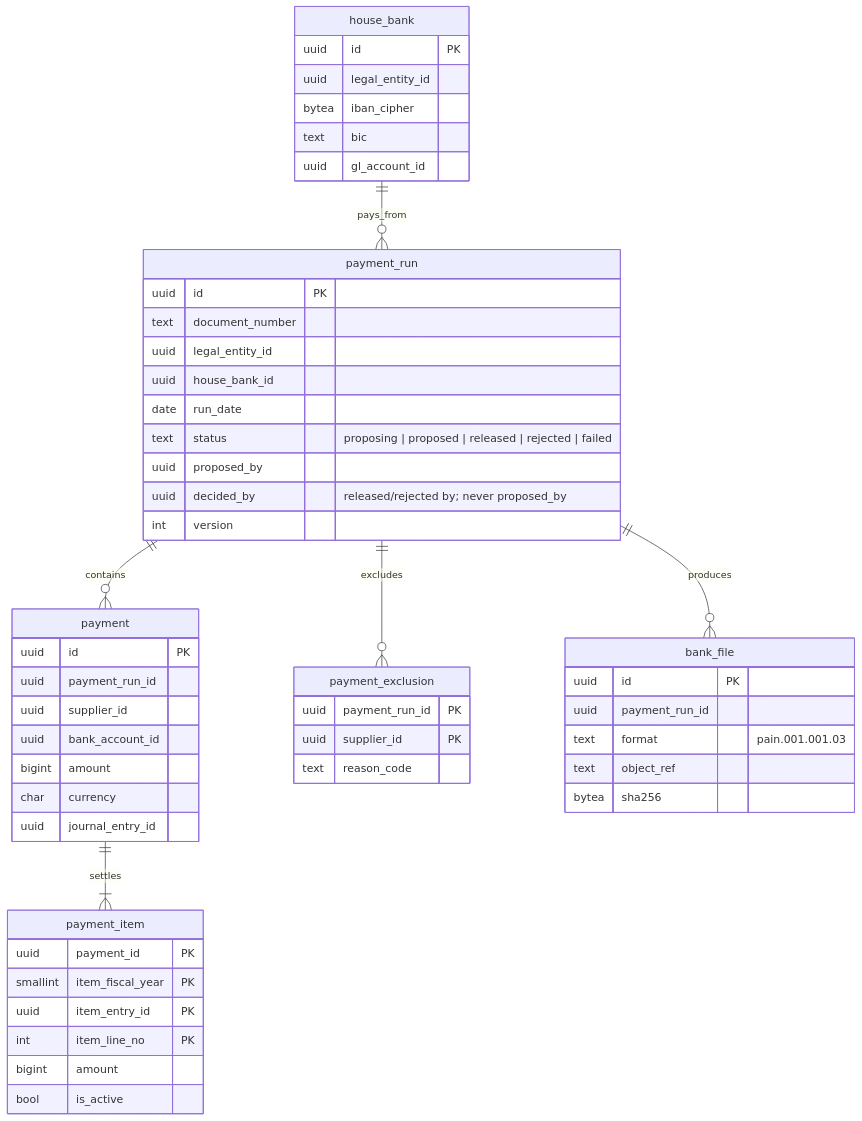
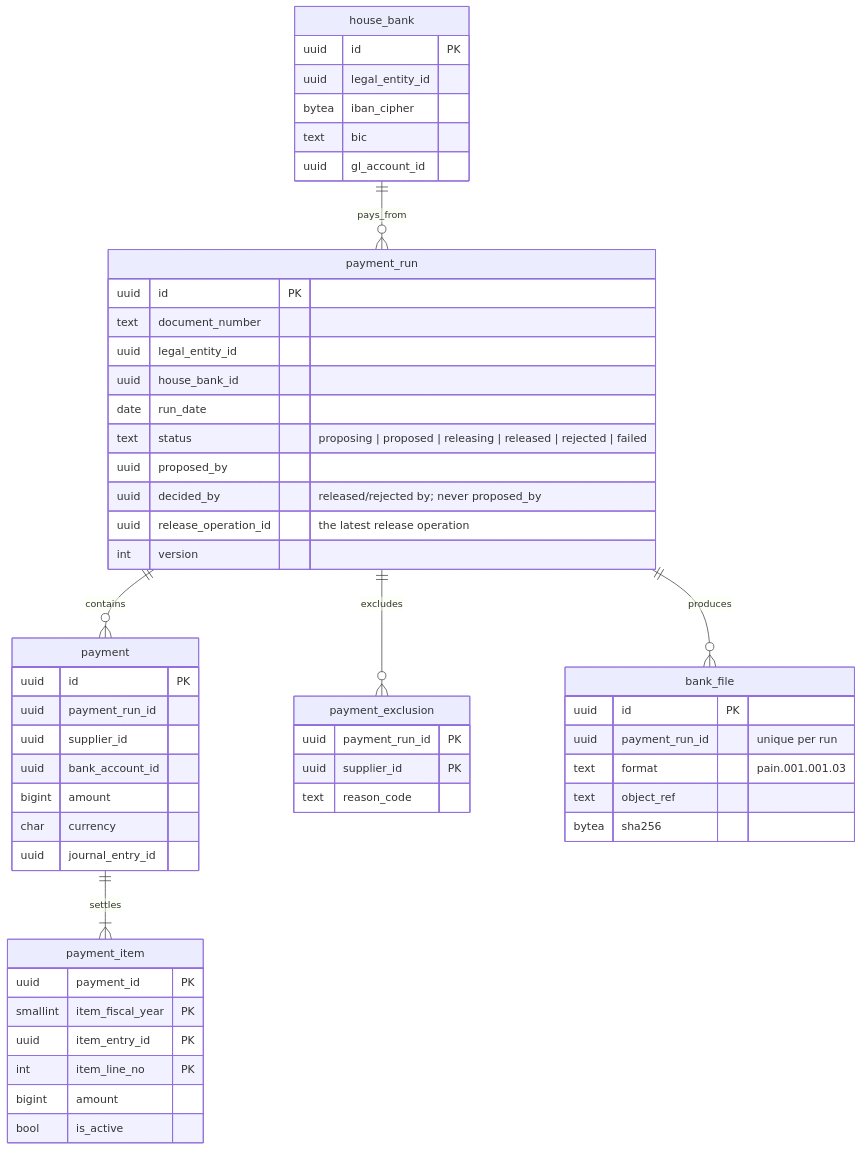
Before and after one commit to mustie7iy/agentic-erp: the eighth of 9 diagrams in docs/design/03-data-model.md, drawn with Mermaid. The commit also changed other lines of this file and 2 other files, not shown here.

First line of the commit message:
Refactor: design docs describe the release fixes (F2)

````diff
--- a/docs/design/03-data-model.md
+++ b/docs/design/03-data-model.md
@@ -477,43 +477,44 @@
 ```mermaid
 erDiagram
   house_bank ||--o{ payment_run : pays_from
   payment_run ||--o{ payment : contains
   payment ||--|{ payment_item : settles
   payment_run ||--o{ payment_exclusion : excludes
   payment_run ||--o{ bank_file : produces
   payment_run { uuid id PK
     text document_number
     uuid legal_entity_id
     uuid house_bank_id
     date run_date
-    text status "proposing | proposed | released | rejected | failed"
+    text status "proposing | proposed | releasing | released | rejected | failed"
     uuid proposed_by
     uuid decided_by "released/rejected by; never proposed_by"
+    uuid release_operation_id "the latest release operation"
     int version }
   payment { uuid id PK
     uuid payment_run_id
     uuid supplier_id
     uuid bank_account_id
     bigint amount
     char currency
     uuid journal_entry_id }
   payment_item { uuid payment_id PK
     smallint item_fiscal_year PK
     uuid item_entry_id PK
     int item_line_no PK
     bigint amount
     bool is_active }
   payment_exclusion { uuid payment_run_id PK
     uuid supplier_id PK
     text reason_code }
   house_bank { uuid id PK
     uuid legal_entity_id
     bytea iban_cipher
     text bic
     uuid gl_account_id }
   bank_file { uuid id PK
-    uuid payment_run_id
+    uuid payment_run_id "unique per run"
     text format "pain.001.001.03"
     text object_ref
     bytea sha256 }
 ```
````
